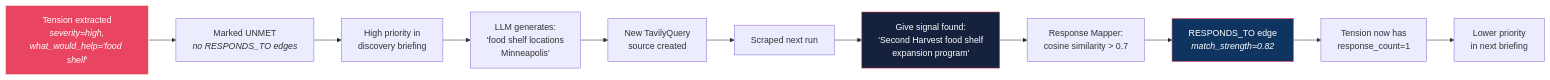
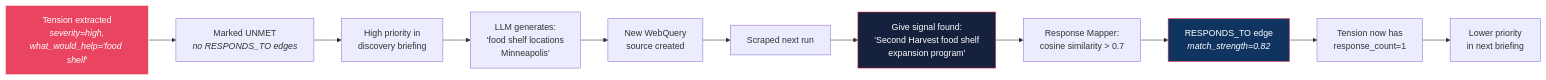
Before and after one commit to fourthplaces/rootsignal: the fifth of 13 diagrams in docs/architecture/feedback-loops.md, drawn with Mermaid. The commit also changed other lines of this file and 45 other files, not shown here.

First line of the commit message:
feat: replace Tavily with Serper.dev for web search

````diff
--- a/docs/architecture/feedback-loops.md
+++ b/docs/architecture/feedback-loops.md
@@ -191,18 +191,18 @@
 ```mermaid
 flowchart LR
     T["Tension extracted<br/><i>severity=high,<br/>what_would_help='food shelf'</i>"]
     T --> Unmet["Marked UNMET<br/><i>no RESPONDS_TO edges</i>"]
     Unmet --> Brief["High priority in<br/>discovery briefing"]
     Brief --> Query["LLM generates:<br/>'food shelf locations<br/>Minneapolis'"]
-    Query --> Source["New TavilyQuery<br/>source created"]
+    Query --> Source["New WebQuery<br/>source created"]
     Source --> Scrape["Scraped next run"]
     Scrape --> Give["Give signal found:<br/>'Second Harvest food shelf<br/>expansion program'"]
     Give --> Map["Response Mapper:<br/>cosine similarity > 0.7"]
     Map --> Edge["RESPONDS_TO edge<br/><i>match_strength=0.82</i>"]
     Edge --> Met["Tension now has<br/>response_count=1"]
     Met --> Lower["Lower priority<br/>in next briefing"]
 
     style T fill:#e94560,stroke:#fff,color:#fff
     style Give fill:#16213e,stroke:#e94560,color:#fff
     style Edge fill:#0f3460,stroke:#e94560,color:#fff
 ```
````
